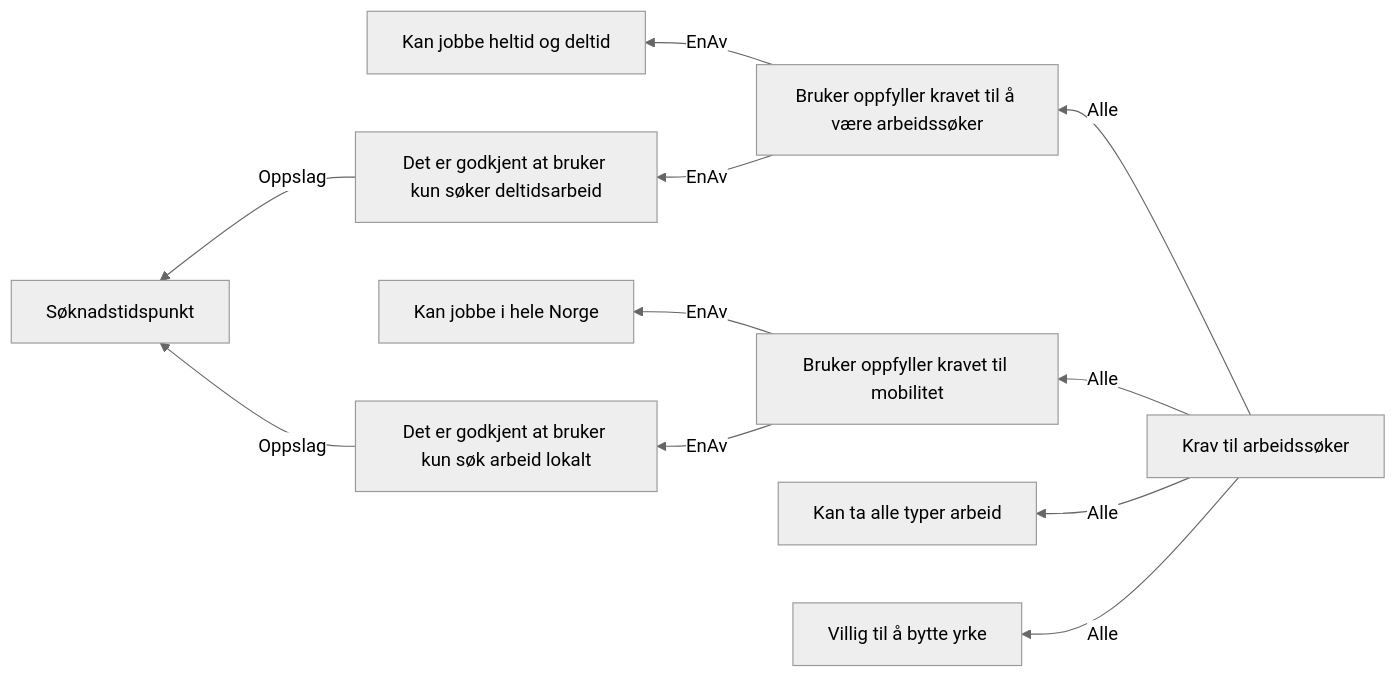
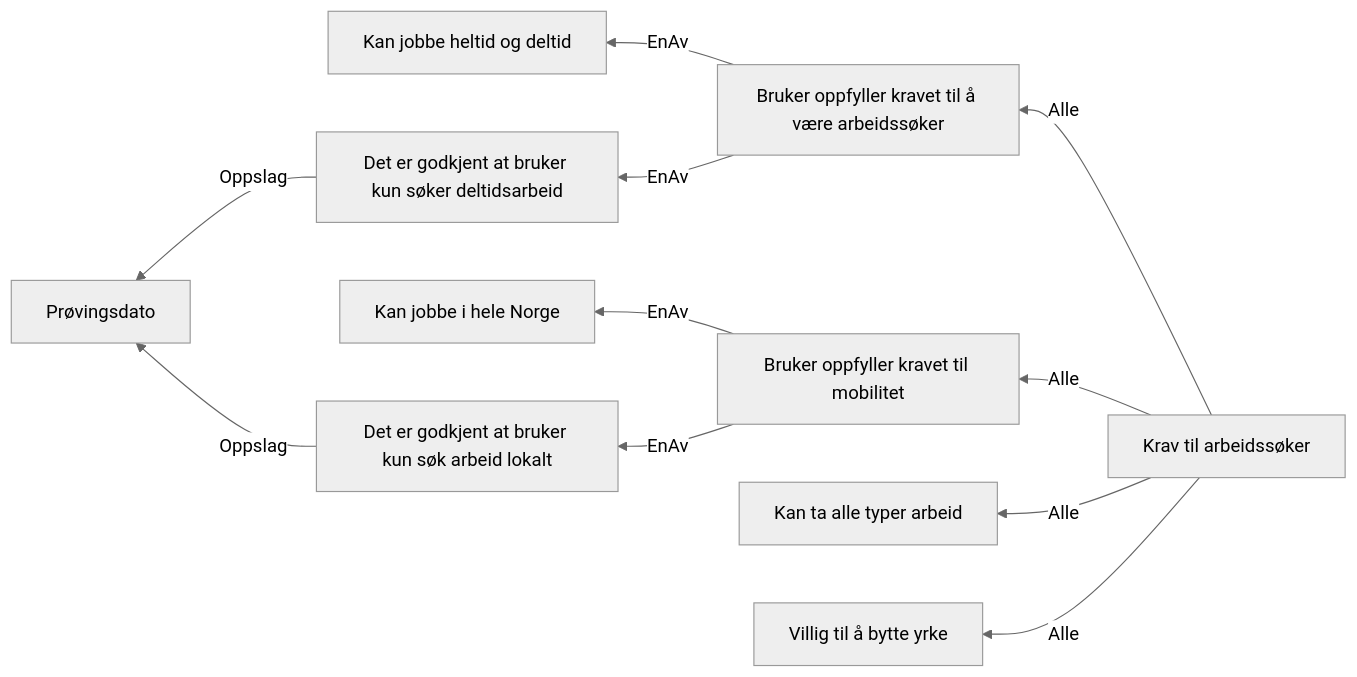
The diagram in docs/regler/§ 4-5. Reelle arbeidssøkere.approved.md (navikt/dp-vedtak), drawn with Mermaid (neutral theme) before and after one commit. The commit also changed 41 other files, not shown here.

Commit message:
Bytt ut søknadstidspunkt med prøvingsdato i reglene

````diff
--- a/docs/regler/§ 4-5. Reelle arbeidssøkere.approved.md
+++ b/docs/regler/§ 4-5. Reelle arbeidssøkere.approved.md
@@ -5,13 +5,13 @@
 ```mermaid
 graph RL
-  A["Det er godkjent at bruker kun søk arbeid lokalt"] -->|"Oppslag"| B["Søknadstidspunkt"]
-  C["Det er godkjent at bruker kun søker deltidsarbeid"] -->|"Oppslag"| B["Søknadstidspunkt"]
+  A["Det er godkjent at bruker kun søk arbeid lokalt"] -->|"Oppslag"| B["Prøvingsdato"]
+  C["Det er godkjent at bruker kun søker deltidsarbeid"] -->|"Oppslag"| B["Prøvingsdato"]
   D["Bruker oppfyller kravet til mobilitet"] -->|"EnAv"| E["Kan jobbe i hele Norge"]
   D["Bruker oppfyller kravet til mobilitet"] -->|"EnAv"| A["Det er godkjent at bruker kun søk arbeid lokalt"]
   F["Bruker oppfyller kravet til å være arbeidssøker"] -->|"EnAv"| G["Kan jobbe heltid og deltid"]
   F["Bruker oppfyller kravet til å være arbeidssøker"] -->|"EnAv"| C["Det er godkjent at bruker kun søker deltidsarbeid"]
   H["Krav til arbeidssøker"] -->|"Alle"| F["Bruker oppfyller kravet til å være arbeidssøker"]
   H["Krav til arbeidssøker"] -->|"Alle"| D["Bruker oppfyller kravet til mobilitet"]
   H["Krav til arbeidssøker"] -->|"Alle"| I["Kan ta alle typer arbeid"]
   H["Krav til arbeidssøker"] -->|"Alle"| J["Villig til å bytte yrke"]
 ```
````
